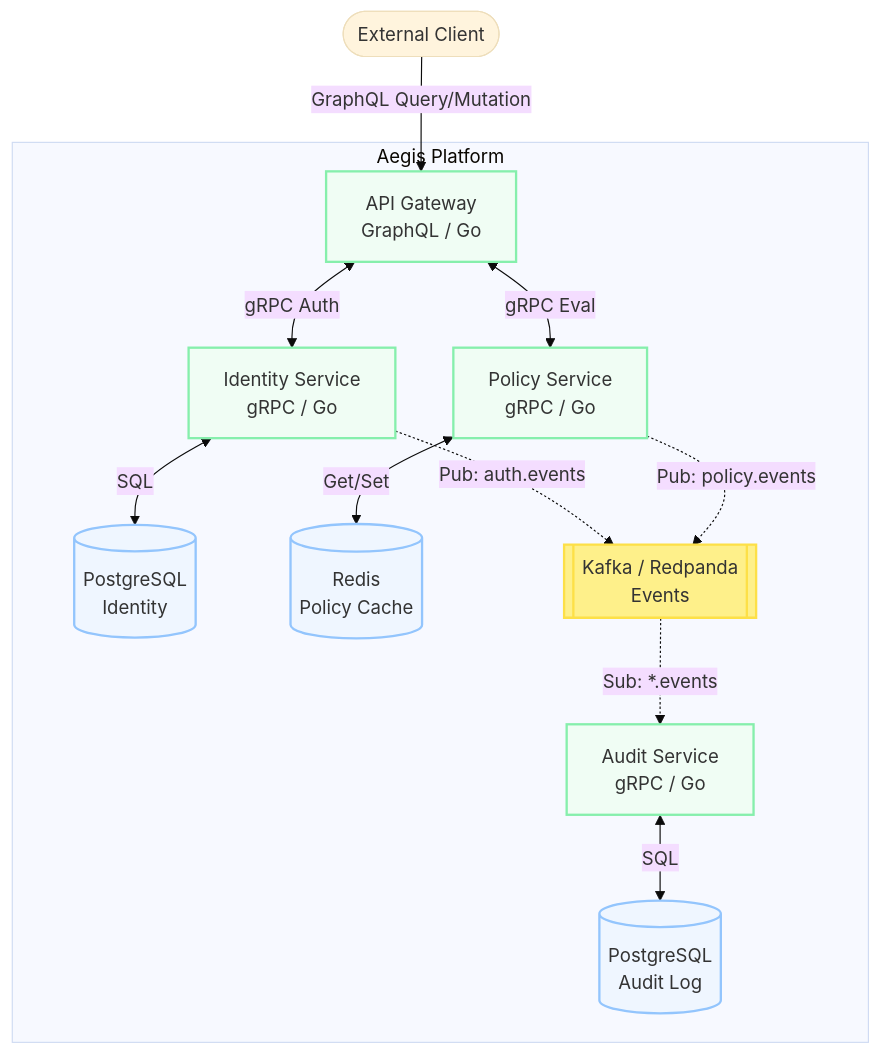
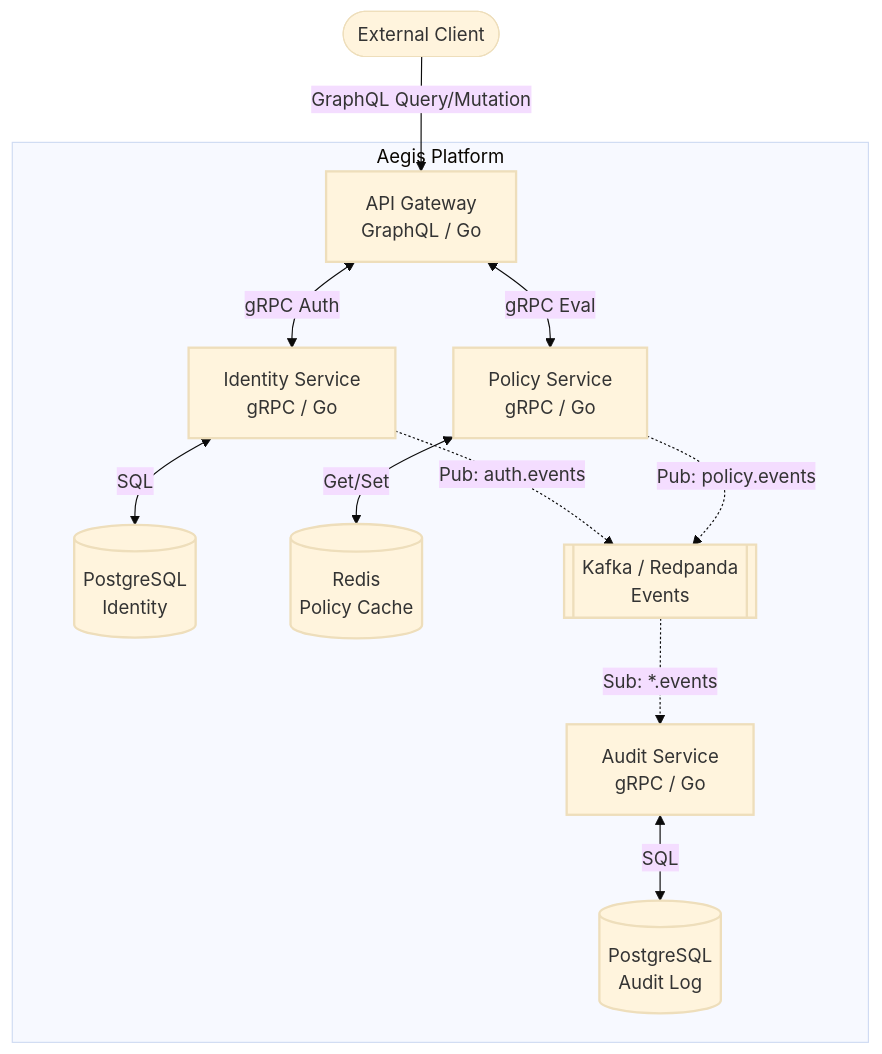
Before and after one commit to khoahotran/portfolio: the second of 4 diagrams in content/system-design/2026-06-28-designing-a-multi-service-auth-platform.md, drawn with Mermaid (base theme). The commit also changed other lines of this file and 6 other files, not shown here.

````diff
--- a/content/system-design/2026-06-28-designing-a-multi-service-auth-platform.md
+++ b/content/system-design/2026-06-28-designing-a-multi-service-auth-platform.md
@@ -44,38 +44,38 @@
 ```mermaid
 flowchart TB
     subgraph Aegis Platform
         Gateway[API Gateway\nGraphQL / Go]
         
         Identity[Identity Service\ngRPC / Go]
         Policy[Policy Service\ngRPC / Go]
         Audit[Audit Service\ngRPC / Go]
         
         DB_Id[(PostgreSQL\nIdentity)]
         DB_Pol[(Redis\nPolicy Cache)]
         DB_Audit[(PostgreSQL\nAudit Log)]
         
         Broker[[Kafka / Redpanda\nEvents]]
     end
 
     Client([External Client]) -->|GraphQL Query/Mutation| Gateway
     
     Gateway <-->|gRPC Auth| Identity
     Gateway <-->|gRPC Eval| Policy
     
     Identity <-->|SQL| DB_Id
     Policy <-->|Get/Set| DB_Pol
     
     Identity -.->|Pub: auth.events| Broker
     Policy -.->|Pub: policy.events| Broker
     
     Broker -.->|Sub: *.events| Audit
     Audit <-->|SQL| DB_Audit
 
-    classDef service fill:#f0fdf4,stroke:#86efac,stroke-width:2px;
-    classDef db fill:#eff6ff,stroke:#93c5fd,stroke-width:2px;
-    classDef queue fill:#fef08a,stroke:#fde047,stroke-width:2px;
+    classDef service stroke-width:2px;
+    classDef db stroke-width:2px;
+    classDef queue stroke-width:2px;
     
     class Gateway,Identity,Policy,Audit service;
     class DB_Id,DB_Pol,DB_Audit db;
     class Broker queue;
 ```
````
